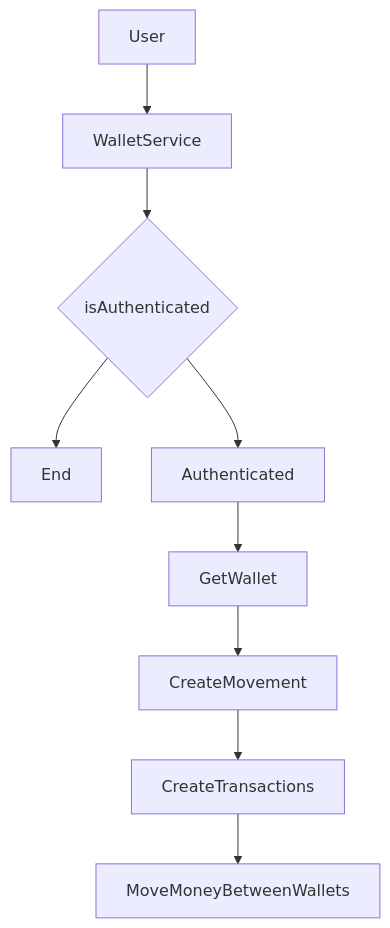
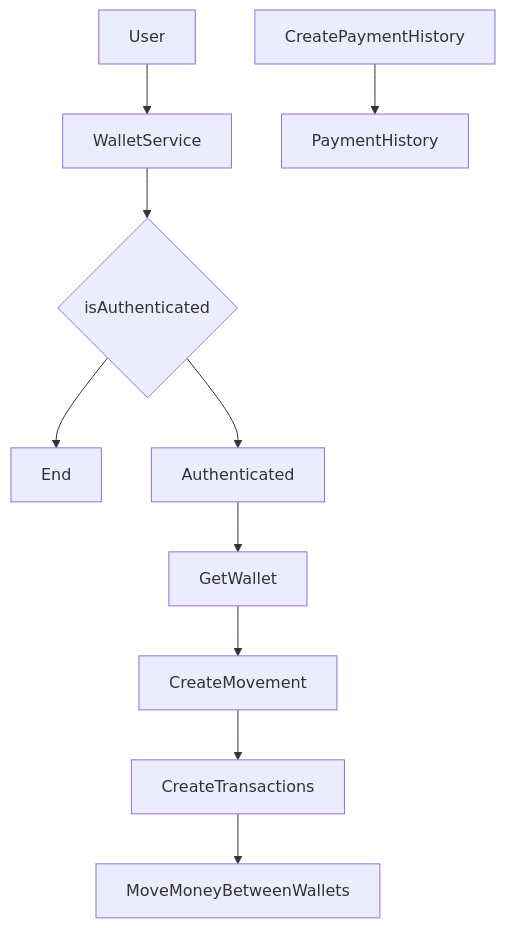
The fourth of 6 diagrams in README.md (raychongtk/wallet), drawn with Mermaid before and after one commit. The commit also changed other lines of this file and 1 other file, not shown here.

````diff
--- a/README.md
+++ b/README.md
@@ -167,11 +169,12 @@
 ```mermaid
 flowchart TD
     User --> WalletService
     WalletService --> AuthCondition{isAuthenticated}
     AuthCondition --> End
     AuthCondition --> Authenticated
     Authenticated --> GetWallet
     GetWallet --> CreateMovement
     CreateMovement --> CreateTransactions
     CreateTransactions --> MoveMoneyBetweenWallets
+    CreatePaymentHistory --> PaymentHistory
 ```
````
